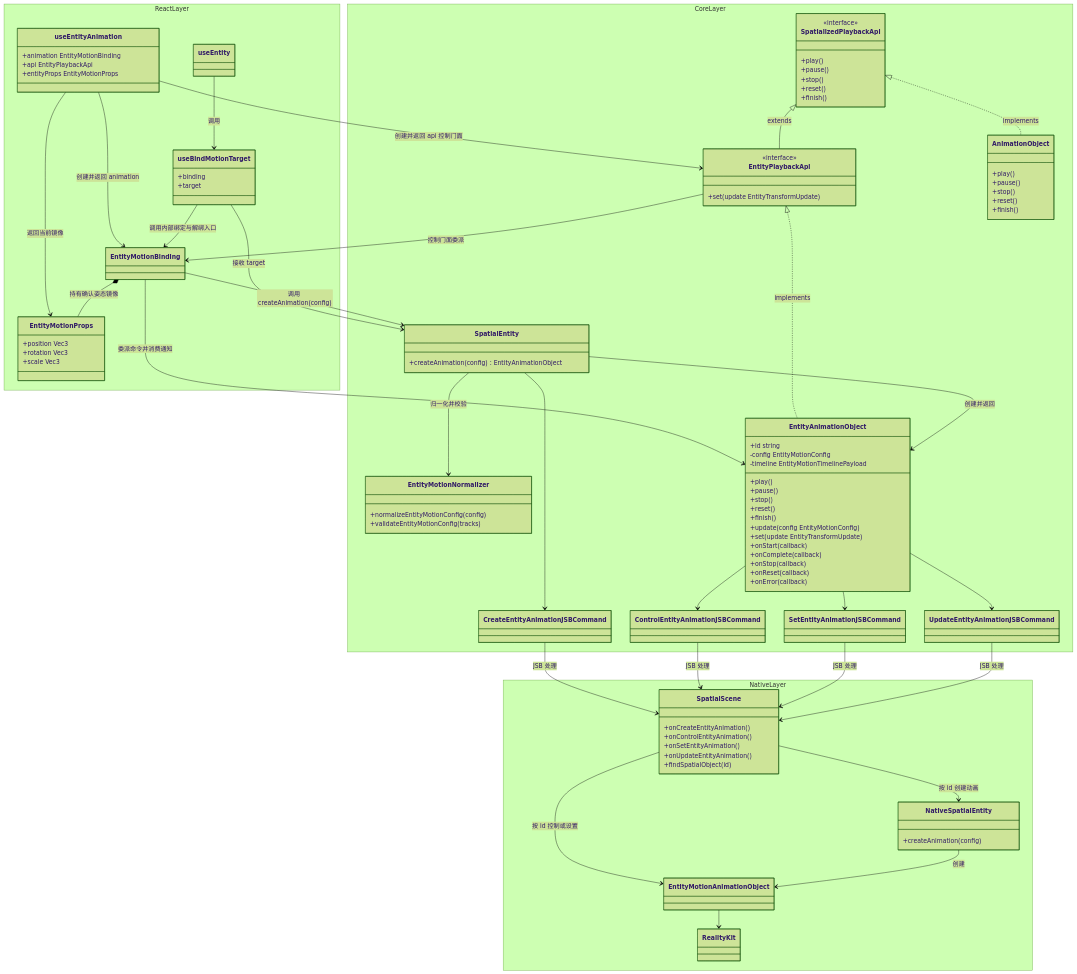
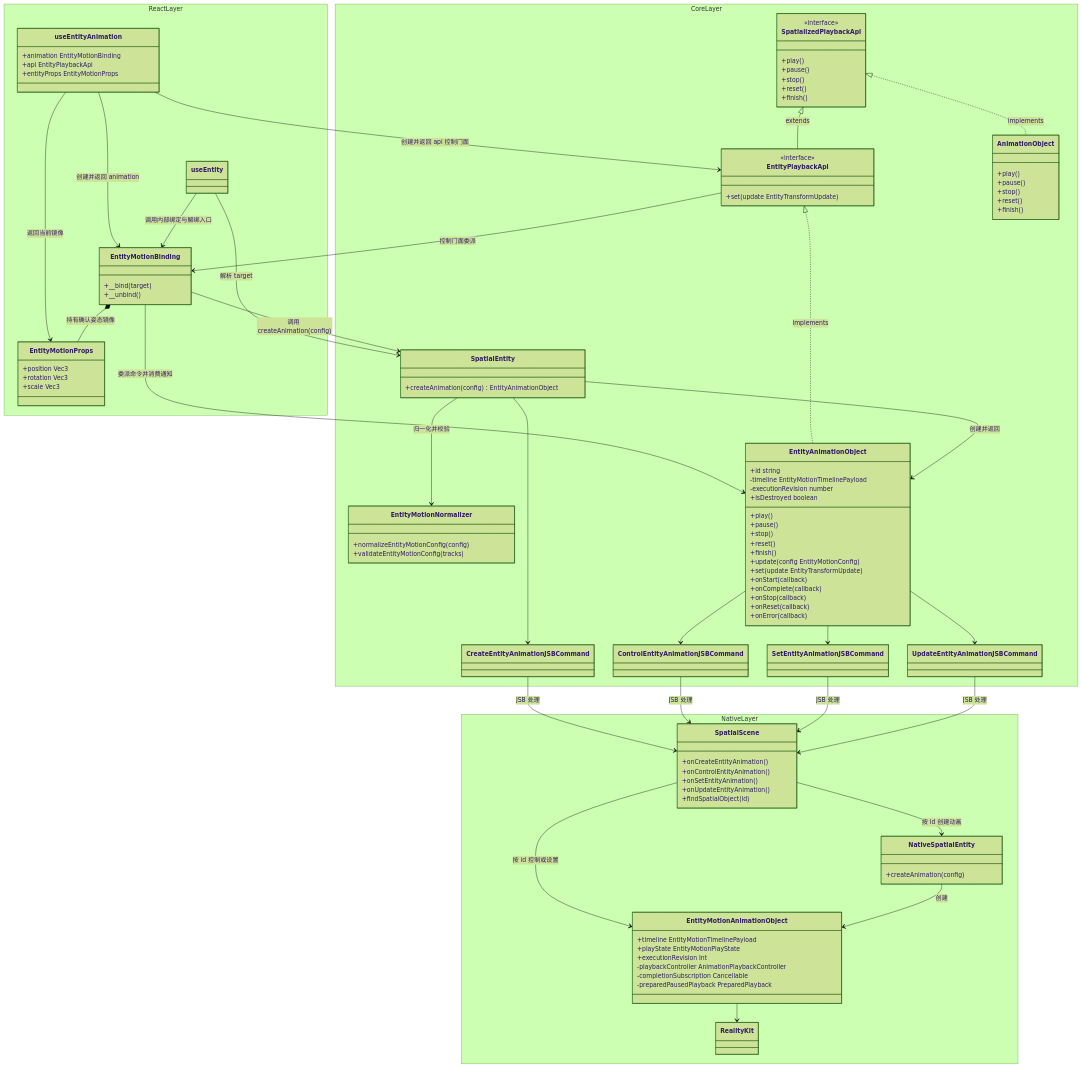
One commit to webspatial/webspatial-sdk changed the second of 14 diagrams in openspec/changes/redesign-entity-motion-api/design.zh.md. Above: the diagram before and after it, drawn with Mermaid (forest theme). The commit also changed other lines of this file and 1 other file, not shown here.

Commit message:
docs(entity-motion): align design with final implementation

```diff
--- a/openspec/changes/redesign-entity-motion-api/design.zh.md
+++ b/openspec/changes/redesign-entity-motion-api/design.zh.md
@@ -195,15 +195,14 @@
             +entityProps EntityMotionProps
         }
         class useEntity
-        class EntityMotionBinding
+        class EntityMotionBinding {
+            +__bind(target)
+            +__unbind()
+        }
         class EntityMotionProps {
             +position Vec3
             +rotation Vec3
             +scale Vec3
-        }
-        class useBindMotionTarget {
-            +binding
-            +target
         }
     }
     namespace CoreLayer {
@@ -235,8 +234,9 @@
         }
         class EntityAnimationObject {
             +id string
-            -config EntityMotionConfig
             -timeline EntityMotionTimelinePayload
+            -executionRevision number
+            +isDestroyed boolean
             +play()
             +pause()
             +stop()
@@ -254,7 +254,6 @@
         class ControlEntityAnimationJSBCommand
         class SetEntityAnimationJSBCommand
         class UpdateEntityAnimationJSBCommand
-        class UpdateEntityAnimationJSBCommand
     }
     namespace NativeLayer {
         class SpatialScene {
@@ -267,16 +266,22 @@
         class NativeSpatialEntity {
             +createAnimation(config)
         }
-        class EntityMotionAnimationObject
+        class EntityMotionAnimationObject {
+            +timeline EntityMotionTimelinePayload
+            +playState EntityMotionPlayState
+            +executionRevision Int
+            -playbackController AnimationPlaybackController
+            -completionSubscription Cancellable
+            -preparedPausedPlayback PreparedPlayback
+        }
         class RealityKit
     }
     useEntityAnimation --> EntityMotionBinding : 创建并返回 animation
     useEntityAnimation --> EntityPlaybackApi : 创建并返回 api 控制门面
     useEntityAnimation --> EntityMotionProps : 返回当前镜像
     EntityMotionBinding *-- EntityMotionProps : 持有确认姿态镜像
-    useEntity --> useBindMotionTarget : 调用
-    useBindMotionTarget --> EntityMotionBinding : 调用内部绑定与解绑入口
-    useBindMotionTarget --> SpatialEntity : 接收 target
+    useEntity --> EntityMotionBinding : 调用内部绑定与解绑入口
+    useEntity --> SpatialEntity : 解析 target
     EntityPlaybackApi --> EntityMotionBinding : 控制门面委派
     EntityMotionBinding --> SpatialEntity : 调用 createAnimation(config)
     EntityMotionBinding --> EntityAnimationObject : 委派命令并消费通知
```
